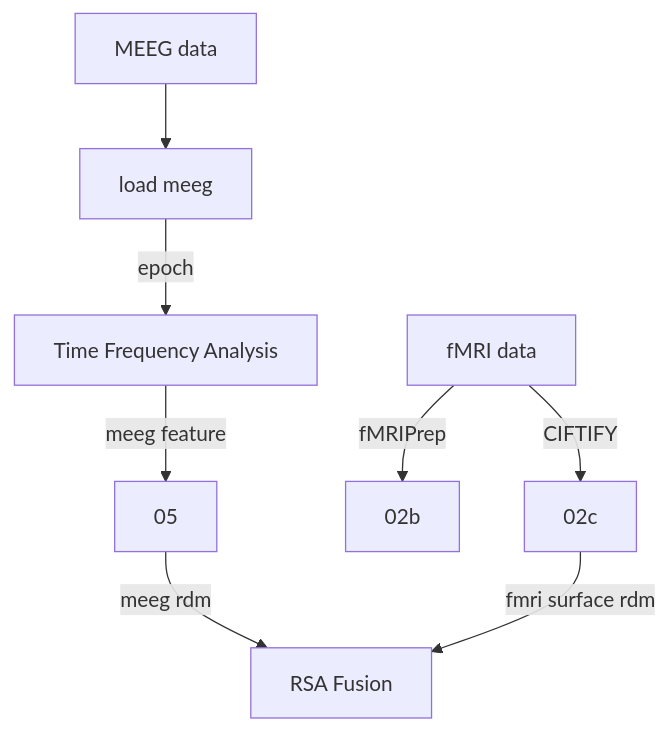
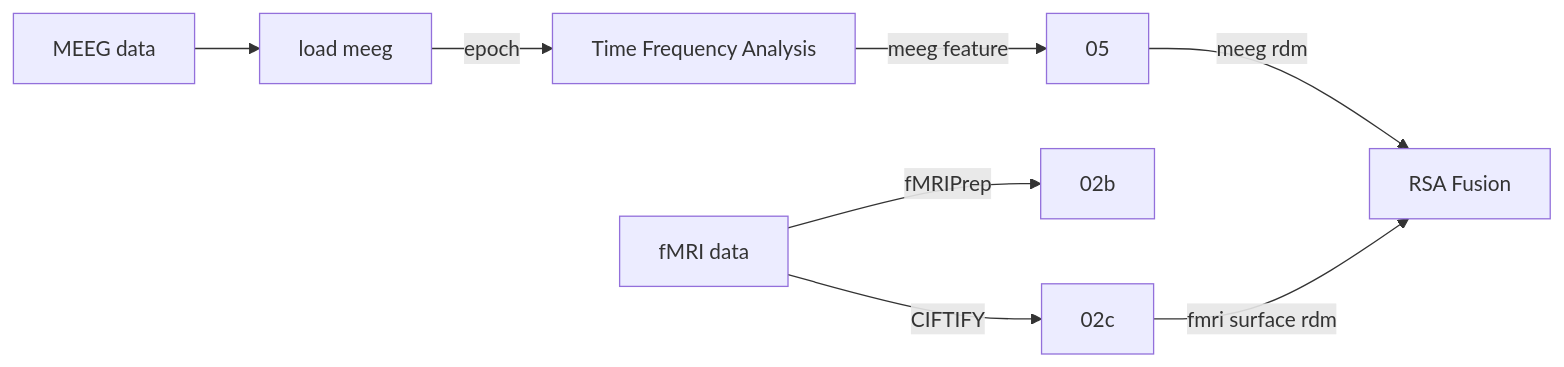
One commit to AKGG0328/S.O.P.H.I.A.---Spatiotemporal-Optimization-Package-for-Heterogeneous-Imaging-Alignment changed the diagram in README.md. Above: the diagram before and after it, drawn with Mermaid.

````diff
--- a/README.md
+++ b/README.md
@@ -40,10 +40,10 @@
 ```mermaid
-flowchart TD
+flowchart LR
  A[MEEG data]--> C[load meeg] --epoch--> F[Time Frequency Analysis] --meeg feature--> G[05]--meeg rdm-->H[RSA fusion]
  B[fMRI data]--fMRIPrep--> D[02b]
  B--CIFTIFY--> E[02c]
  E--fmri surface rdm-->H[RSA Fusion]
 
 
 
 ```
````
